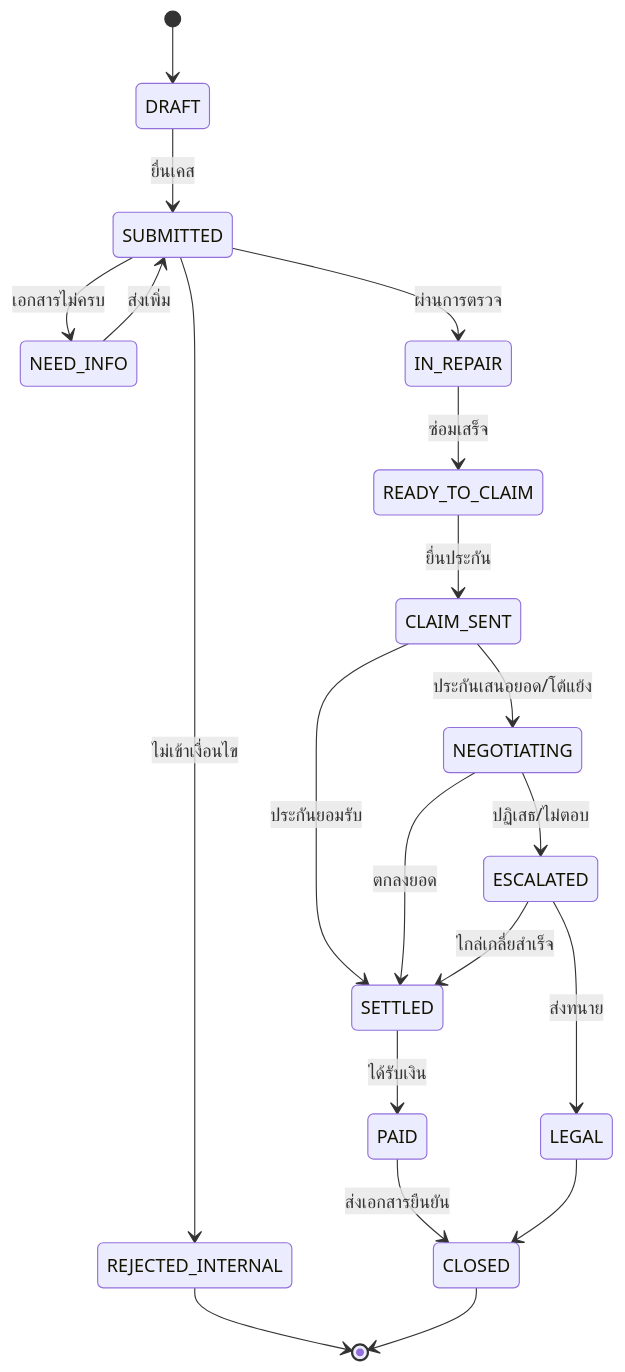
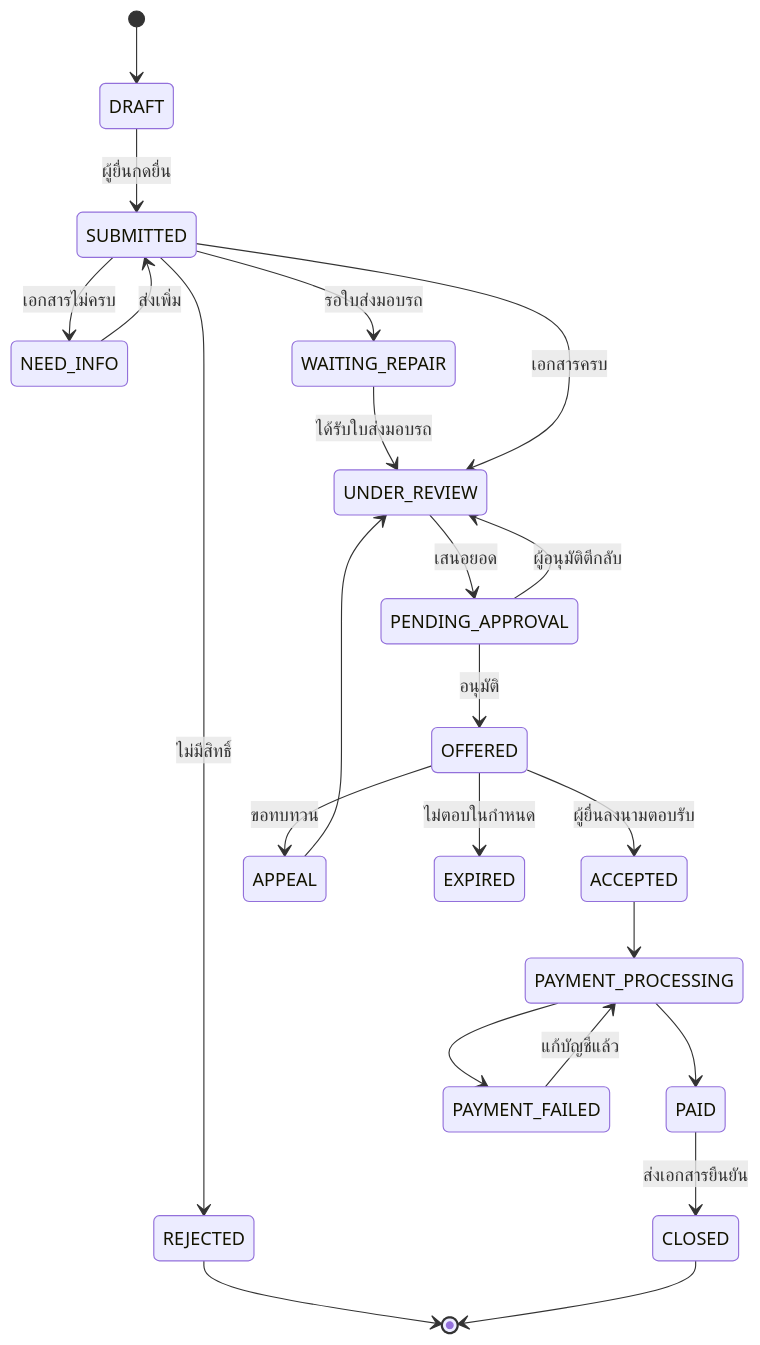
Before and after one commit to narongdechpas-coder/Claude: the diagram in docs/customer-journey.md, drawn with Mermaid. The commit also changed other lines of this file, not shown here.

First line of the commit message:
Revise customer journey: self-service claimant form with company approval and back office

````diff
--- a/docs/customer-journey.md
+++ b/docs/customer-journey.md
@@ -148,22 +127,25 @@
 ```mermaid
 stateDiagram-v2
     [*] --> DRAFT
-    DRAFT --> SUBMITTED: ยื่นเคส
+    DRAFT --> SUBMITTED: ผู้ยื่นกดยื่น
     SUBMITTED --> NEED_INFO: เอกสารไม่ครบ
     NEED_INFO --> SUBMITTED: ส่งเพิ่ม
-    SUBMITTED --> REJECTED_INTERNAL: ไม่เข้าเงื่อนไข
-    SUBMITTED --> IN_REPAIR: ผ่านการตรวจ
-    IN_REPAIR --> READY_TO_CLAIM: ซ่อมเสร็จ
-    READY_TO_CLAIM --> CLAIM_SENT: ยื่นประกัน
-    CLAIM_SENT --> NEGOTIATING: ประกันเสนอยอด/โต้แย้ง
-    CLAIM_SENT --> SETTLED: ประกันยอมรับ
-    NEGOTIATING --> SETTLED: ตกลงยอด
-    NEGOTIATING --> ESCALATED: ปฏิเสธ/ไม่ตอบ
-    ESCALATED --> SETTLED: ไกล่เกลี่ยสำเร็จ
-    ESCALATED --> LEGAL: ส่งทนาย
-    SETTLED --> PAID: ได้รับเงิน
+    SUBMITTED --> WAITING_REPAIR: รอใบส่งมอบรถ
+    WAITING_REPAIR --> UNDER_REVIEW: ได้รับใบส่งมอบรถ
+    SUBMITTED --> UNDER_REVIEW: เอกสารครบ
+    SUBMITTED --> REJECTED: ไม่มีสิทธิ์
+    UNDER_REVIEW --> PENDING_APPROVAL: เสนอยอด
+    PENDING_APPROVAL --> UNDER_REVIEW: ผู้อนุมัติตีกลับ
+    PENDING_APPROVAL --> OFFERED: อนุมัติ
+    OFFERED --> ACCEPTED: ผู้ยื่นลงนามตอบรับ
+    OFFERED --> APPEAL: ขอทบทวน
+    APPEAL --> UNDER_REVIEW
+    OFFERED --> EXPIRED: ไม่ตอบในกำหนด
+    ACCEPTED --> PAYMENT_PROCESSING
+    PAYMENT_PROCESSING --> PAID
+    PAYMENT_PROCESSING --> PAYMENT_FAILED
+    PAYMENT_FAILED --> PAYMENT_PROCESSING: แก้บัญชีแล้ว
     PAID --> CLOSED: ส่งเอกสารยืนยัน
-    LEGAL --> CLOSED
-    REJECTED_INTERNAL --> [*]
+    REJECTED --> [*]
     CLOSED --> [*]
 ```
````
